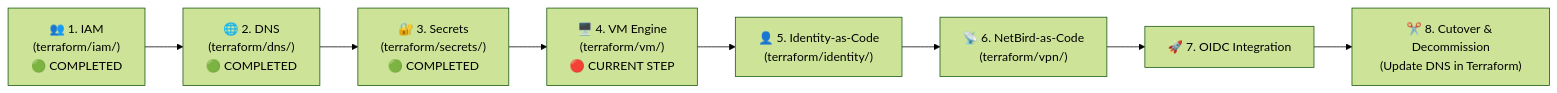
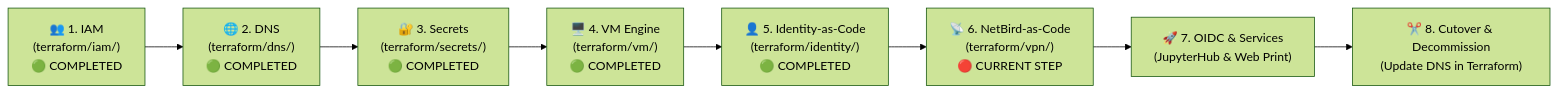
The diagram in mgmt/checklist.md (AIT-brainlab/brainlab-base), drawn with Mermaid (forest theme) before and after one commit. The commit also changed other lines of this file and 17 other files, not shown here.

First line of the commit message:
feat(identity): Implement Identity-as-Code module with LLDAP integration

````diff
--- a/mgmt/checklist.md
+++ b/mgmt/checklist.md
@@ -19,4 +19,4 @@
 ```mermaid
 flowchart LR
-    Step1["👥 1. IAM<br/>(terraform/iam/)<br/>🟢 COMPLETED"] --> Step2["🌐 2. DNS<br/>(terraform/dns/)<br/>🟢 COMPLETED"] --> Step3["🔐 3. Secrets<br/>(terraform/secrets/)<br/>🟢 COMPLETED"] --> Step4["🖥️ 4. VM Engine<br/>(terraform/vm/)<br/>🔴 CURRENT STEP"] --> Step5["👤 5. Identity-as-Code<br/>(terraform/identity/)"] --> Step6["📡 6. NetBird-as-Code<br/>(terraform/vpn/)"] --> Step7["🚀 7. OIDC Integration"] --> Step8["✂️ 8. Cutover & Decommission<br/>(Update DNS in Terraform)"]
+    Step1["👥 1. IAM<br/>(terraform/iam/)<br/>🟢 COMPLETED"] --> Step2["🌐 2. DNS<br/>(terraform/dns/)<br/>🟢 COMPLETED"] --> Step3["🔐 3. Secrets<br/>(terraform/secrets/)<br/>🟢 COMPLETED"] --> Step4["🖥️ 4. VM Engine<br/>(terraform/vm/)<br/>🟢 COMPLETED"] --> Step5["👤 5. Identity-as-Code<br/>(terraform/identity/)<br/>🟢 COMPLETED"] --> Step6["📡 6. NetBird-as-Code<br/>(terraform/vpn/)<br/>🔴 CURRENT STEP"] --> Step7["🚀 7. OIDC & Services<br/>(JupyterHub & Web Print)"] --> Step8["✂️ 8. Cutover & Decommission<br/>(Update DNS in Terraform)"]
 ```
````
